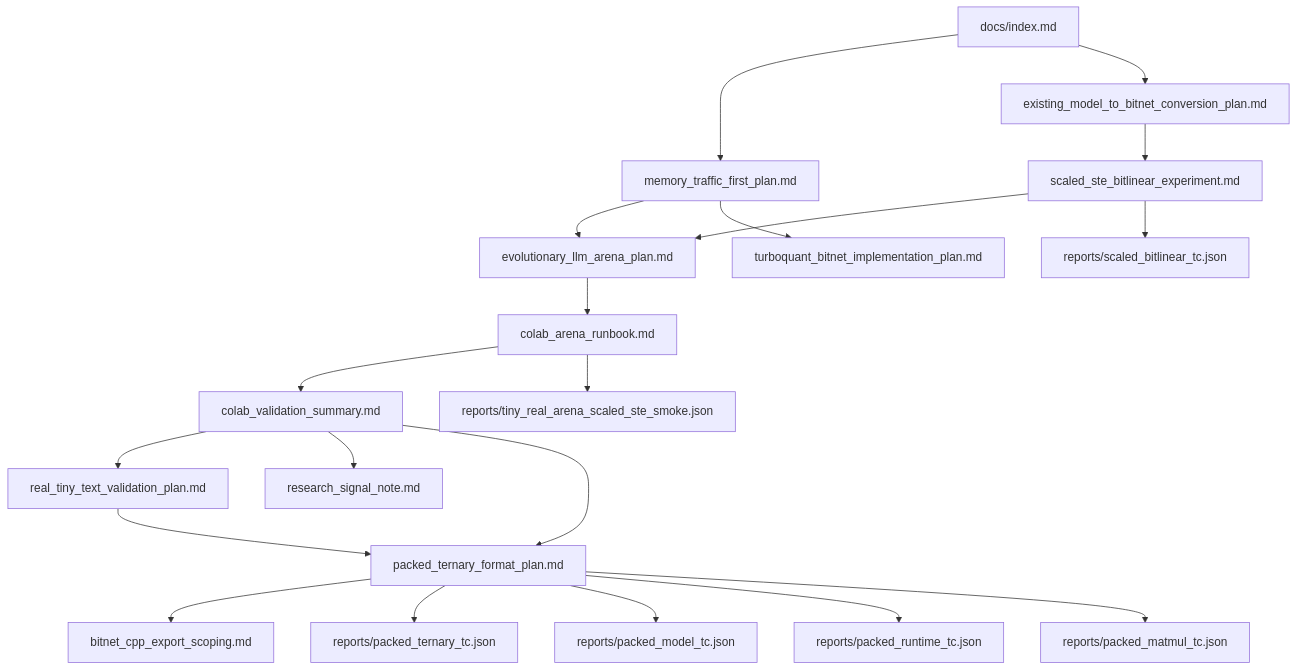
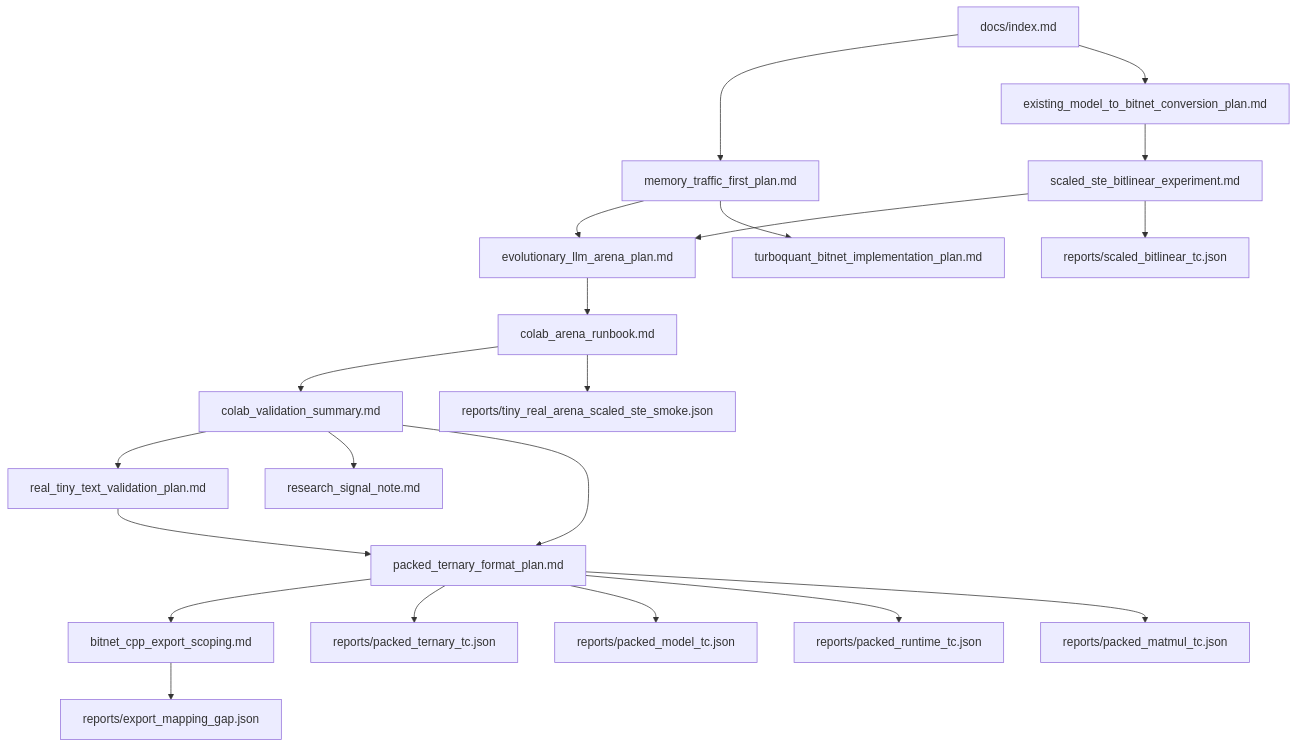
Before and after one commit to gtpk/BitNet-Transformers: the diagram in docs/index.md, drawn with Mermaid. The commit also changed other lines of this file and 7 other files, not shown here.

Commit message:
Document bitnet export mapping gap

````diff
--- a/docs/index.md
+++ b/docs/index.md
@@ -98,22 +101,23 @@
 ```mermaid
 flowchart TD
   A["docs/index.md"] --> B["memory_traffic_first_plan.md"]
   A --> C["existing_model_to_bitnet_conversion_plan.md"]
   C --> D["scaled_ste_bitlinear_experiment.md"]
   D --> E["evolutionary_llm_arena_plan.md"]
   E --> F["colab_arena_runbook.md"]
   F --> J["colab_validation_summary.md"]
   J --> K["real_tiny_text_validation_plan.md"]
   J --> L["research_signal_note.md"]
   J --> M["packed_ternary_format_plan.md"]
   K --> M["packed_ternary_format_plan.md"]
   M --> R["bitnet_cpp_export_scoping.md"]
   B --> E
   B --> G["turboquant_bitnet_implementation_plan.md"]
   F --> H["reports/tiny_real_arena_scaled_ste_smoke.json"]
   D --> I["reports/scaled_bitlinear_tc.json"]
   M --> N["reports/packed_ternary_tc.json"]
   M --> O["reports/packed_model_tc.json"]
   M --> P["reports/packed_runtime_tc.json"]
   M --> Q["reports/packed_matmul_tc.json"]
+  R --> S["reports/export_mapping_gap.json"]
 ```
````
